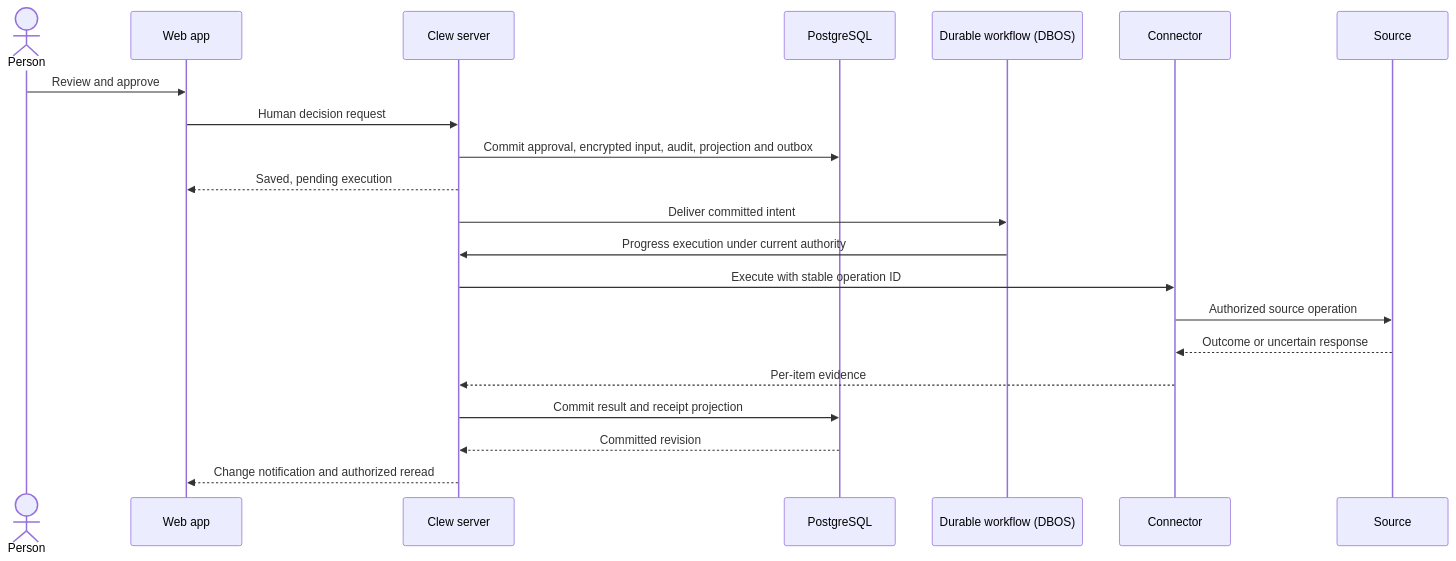
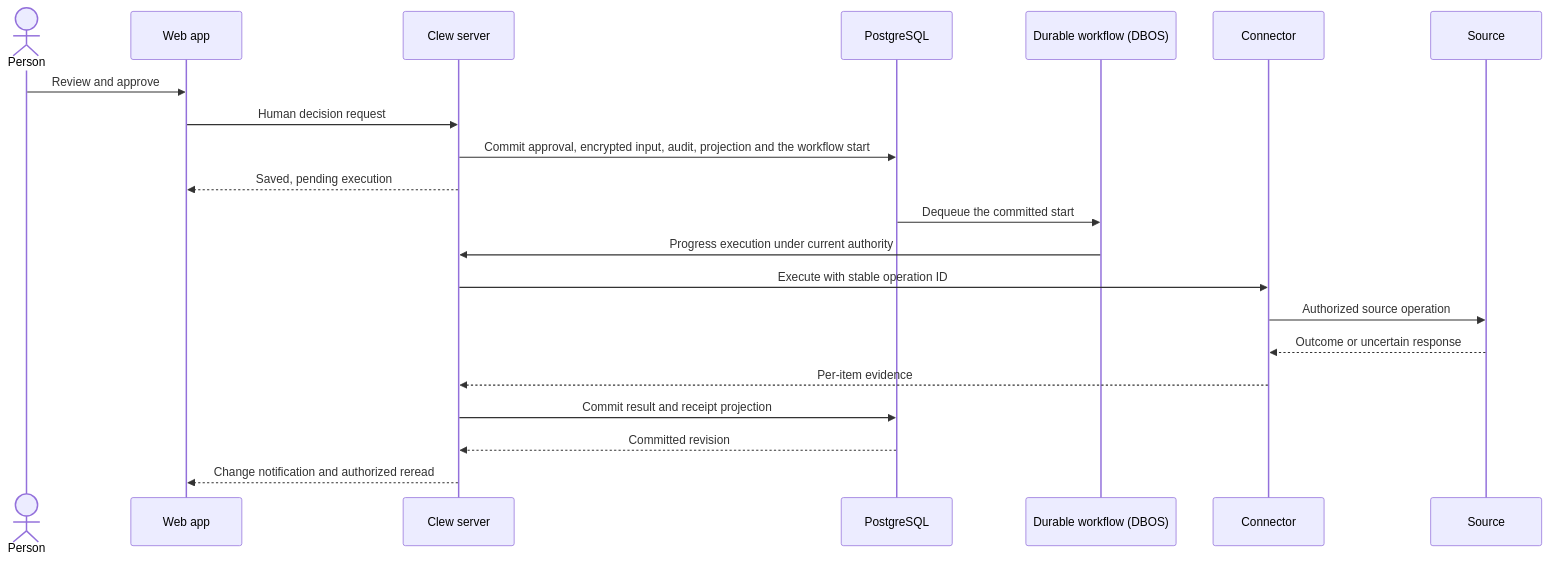
One commit to etori-ai/clew changed the second of 2 diagrams in docs/architecture/overview.md. Above: the diagram before and after it, drawn with Mermaid. The commit also changed other lines of this file and 75 other files, not shown here.

````diff
--- a/docs/architecture/overview.md
+++ b/docs/architecture/overview.md
@@ -75,23 +75,23 @@
 ```mermaid
 sequenceDiagram
   actor Person
   participant Web as Web app
   participant Server as Clew server
   participant DB as PostgreSQL
   participant Worker as Durable workflow (DBOS)
   participant Connector
   participant Source
   Person->>Web: Review and approve
   Web->>Server: Human decision request
-  Server->>DB: Commit approval, encrypted input, audit, projection and outbox
+  Server->>DB: Commit approval, encrypted input, audit, projection and the workflow start
   Server-->>Web: Saved, pending execution
-  Server->>Worker: Deliver committed intent
+  DB->>Worker: Dequeue the committed start
   Worker->>Server: Progress execution under current authority
   Server->>Connector: Execute with stable operation ID
   Connector->>Source: Authorized source operation
   Source-->>Connector: Outcome or uncertain response
   Connector-->>Server: Per-item evidence
   Server->>DB: Commit result and receipt projection
   DB-->>Server: Committed revision
   Server-->>Web: Change notification and authorized reread
 ```
````
